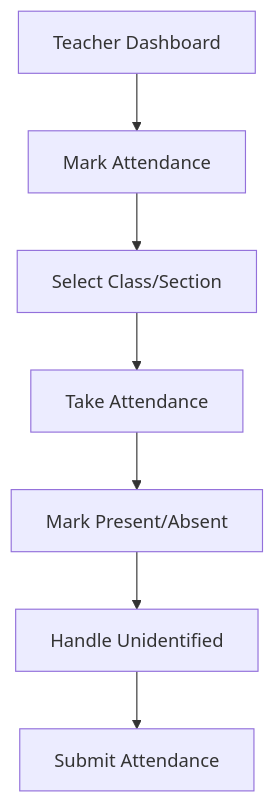
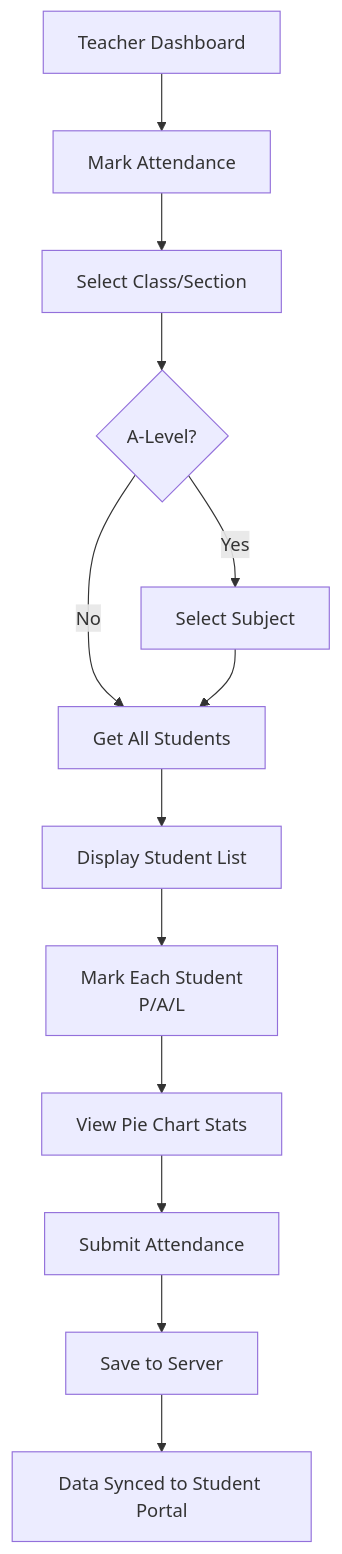
The fourth of 5 diagrams in README.md (kainatsghar/CityzensApp), drawn with Mermaid before and after one commit. The commit also changed other lines of this file and 36 other files, not shown here.

````diff
--- a/README.md
+++ b/README.md
@@ -73,9 +724,15 @@
 ```mermaid
-flowchart TD
+graph TD
     A[Teacher Dashboard] --> B[Mark Attendance]
     B --> C[Select Class/Section]
-    C --> D[Take Attendance]
-    D --> E[Mark Present/Absent]
-    E --> F[Handle Unidentified]
-    F --> G[Submit Attendance]
+    C --> D{A-Level?}
+    D -->|Yes| E[Select Subject]
+    D -->|No| F[Get All Students]
+    E --> F
+    F --> G[Display Student List]
+    G --> H["Mark Each Student<br/>P/A/L"]
+    H --> I[View Pie Chart Stats]
+    I --> J[Submit Attendance]
+    J --> K[Save to Server]
+    K --> L[Data Synced to Student Portal]
 ```
````
